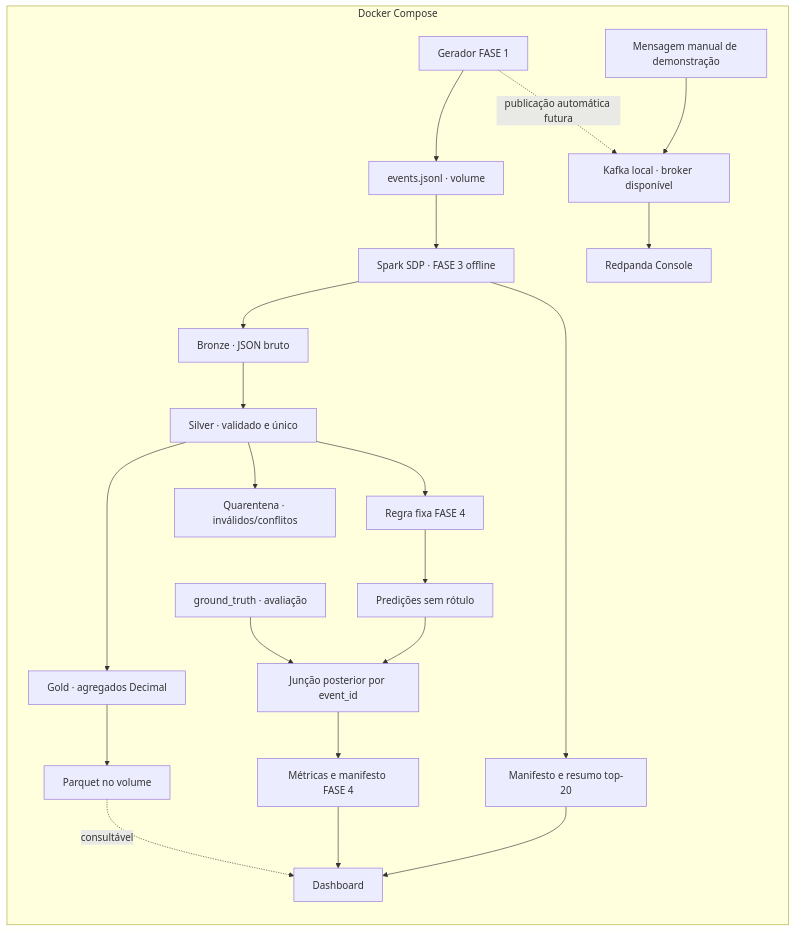
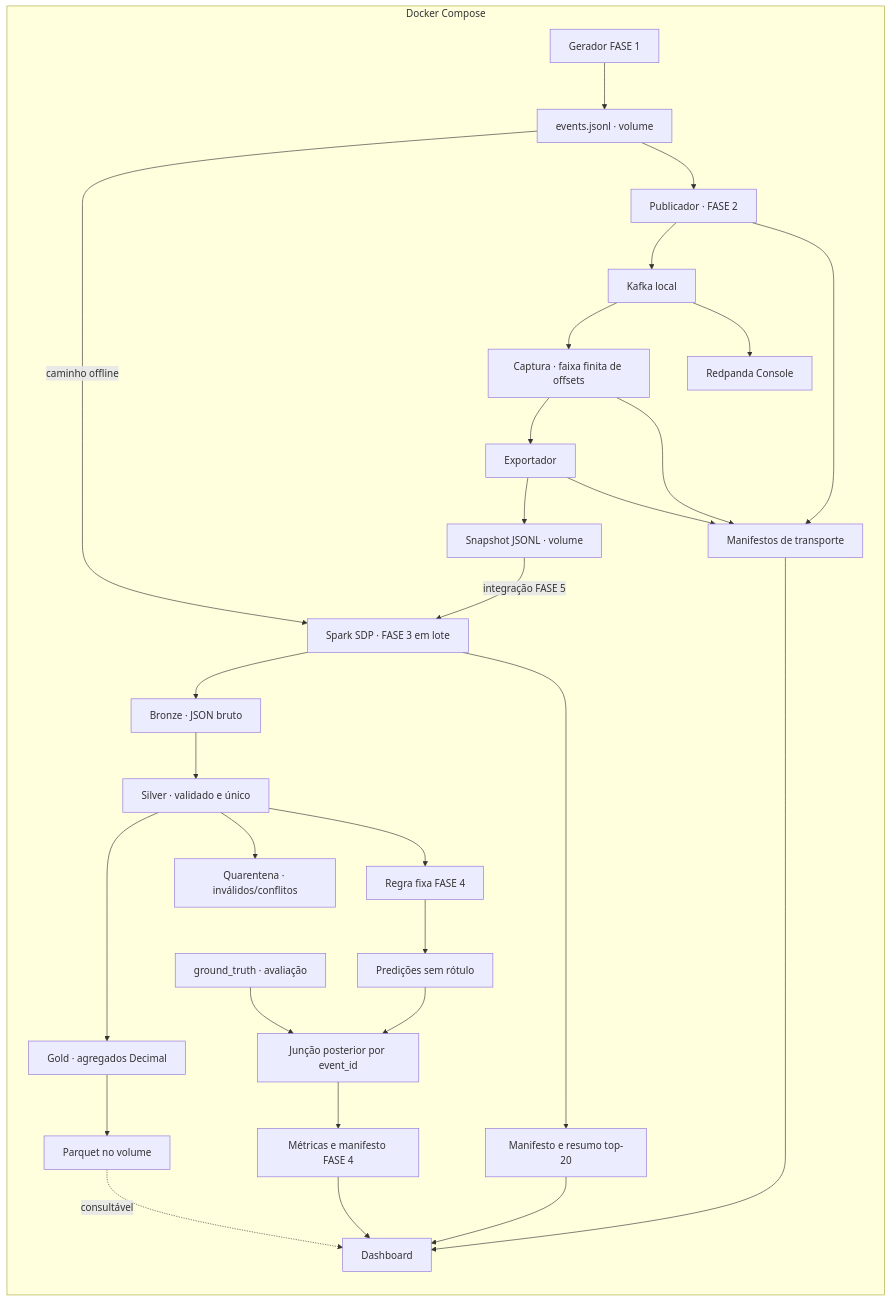
Before and after one commit to faelk8/pix_guard: the diagram in docs/source/arquitetura/index.rst, drawn with Mermaid. The commit also changed other lines of this file and 1 other file, not shown here.

Commit message:
docs: corrige status Kafka no portal Sphinx (Refs #43)

```diff
--- a/docs/source/arquitetura/index.rst
+++ b/docs/source/arquitetura/index.rst
@@ -13,24 +19,32 @@
 .. mermaid::
 
    flowchart LR
      subgraph compose[Docker Compose]
        GEN[Gerador FASE 1] --> JSONL[events.jsonl · volume]
-       JSONL --> SDP[Spark SDP · FASE 3 offline]
+       JSONL -->|caminho offline| SDP[Spark SDP · FASE 3 em lote]
+       JSONL --> PUB[Publicador · FASE 2]
+       PUB --> K[Kafka local]
+       K --> CAP[Captura · faixa finita de offsets]
+       CAP --> EXP[Exportador]
+       EXP --> SNAP[Snapshot JSONL · volume]
+       SNAP -->|integração FASE 5| SDP
+       K --> CONSOLE[Redpanda Console]
+       PUB --> TM[Manifestos de transporte]
+       CAP --> TM
+       EXP --> TM
+       TM --> DASH[Dashboard]
        SDP --> B[Bronze · JSON bruto]
        B --> S[Silver · validado e único]
        S --> G[Gold · agregados Decimal]
        S --> Q[Quarentena · inválidos/conflitos]
        SDP --> M[Manifesto e resumo top-20]
        G --> PARQ[Parquet no volume]
-       M --> DASH[Dashboard]
+       M --> DASH
        PARQ -. consultável .-> DASH
        S --> SCORE[Regra fixa FASE 4]
        SCORE --> PRED[Predições sem rótulo]
        PRED --> JOIN[Junção posterior por event_id]
        GT[ground_truth · avaliação] --> JOIN
        JOIN --> EVAL[Métricas e manifesto FASE 4]
        EVAL --> DASH
-       K[Kafka local · broker disponível] --> CONSOLE[Redpanda Console]
-       DEMO[Mensagem manual de demonstração] --> K
      end
-       GEN -. publicação automática futura .-> K
```
